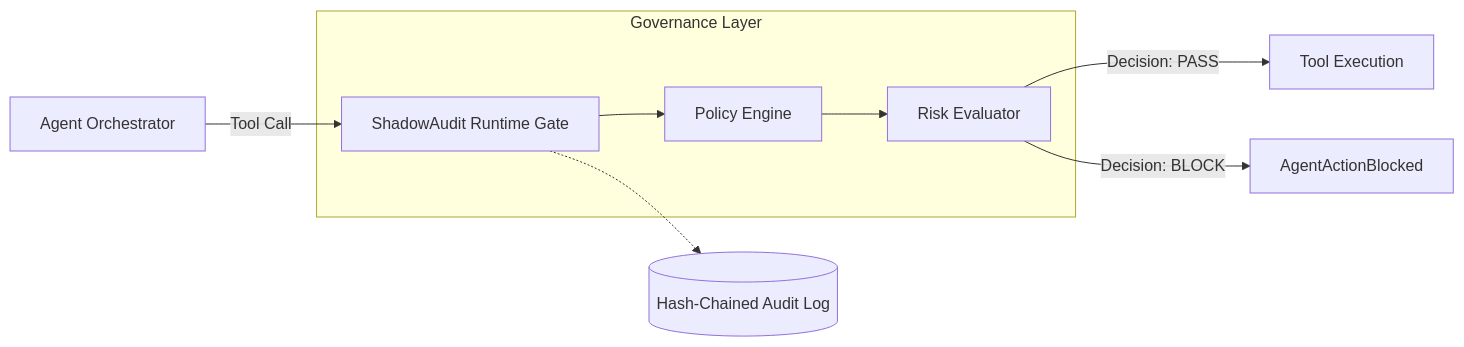
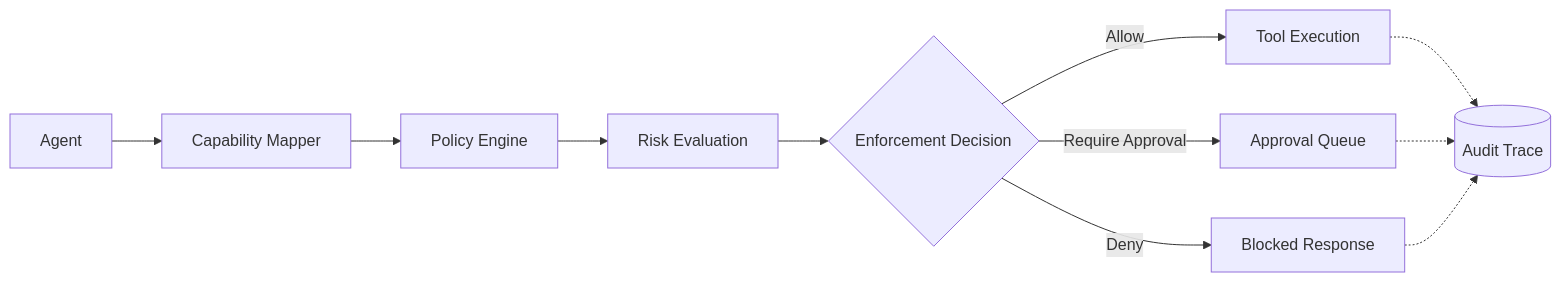
Before and after one commit to shadowauditlabs/shadowaudit-python: the diagram in README.md, drawn with Mermaid. The commit also changed other lines of this file and 16 other files, not shown here.

Commit message:
feat: implement policy engine, capability taxonomy, human approvals, and MCP governance

````diff
--- a/README.md
+++ b/README.md
@@ -78,14 +121,15 @@
 ```mermaid
-flowchart LR
-    Agent[Agent Orchestrator] -->|Tool Call| Gate[ShadowAudit Runtime Gate]
+graph LR
+    A[Agent] --> B[Capability Mapper]
+    B --> C[Policy Engine]
+    C --> D[Risk Evaluation]
+    D --> E{Enforcement Decision}
     
-    subgraph Governance Layer
-        Gate --> Policy[Policy Engine]
-        Policy --> Evaluator[Risk Evaluator]
-    end
+    E -->|Allow| F[Tool Execution]
+    E -->|Require Approval| G[Approval Queue]
+    E -->|Deny| H[Blocked Response]
     
-    Evaluator -->|Decision: PASS| Tool[Tool Execution]
-    Evaluator -->|Decision: BLOCK| Blocked[AgentActionBlocked]
-    
-    Gate -.-> Audit[(Hash-Chained Audit Log)]
+    F -.-> I[(Audit Trace)]
+    G -.-> I
+    H -.-> I
 ```
````
